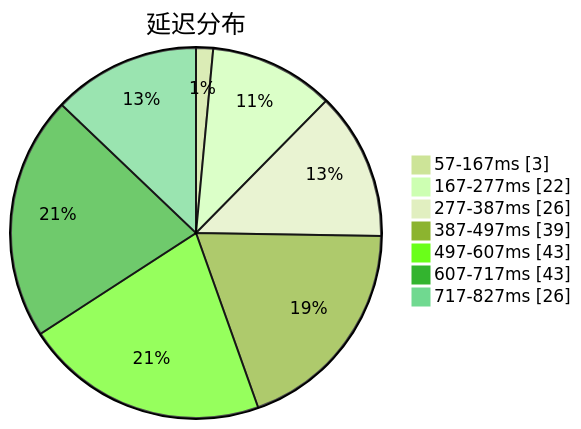
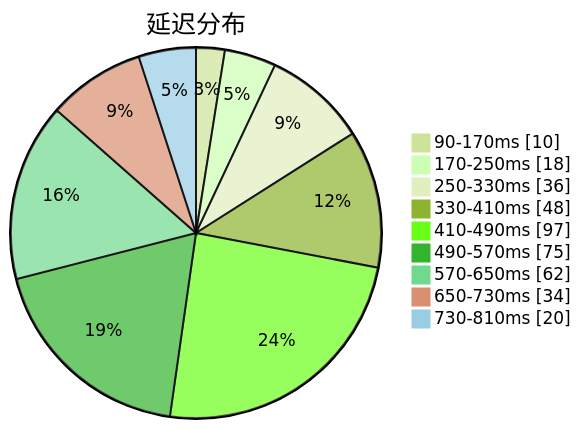
One commit to sinspired/airport changed the first of 3 diagrams in subs/statistics/tested_within.md. Above: the diagram before and after it, drawn with Mermaid (forest theme). The commit also changed other lines of this file and 2 other files, not shown here.

````diff
--- a/subs/statistics/tested_within.md
+++ b/subs/statistics/tested_within.md
@@ -2,11 +2,13 @@
 ```mermaid
 pie showData
 title 延迟分布
-"57-167ms" : 3
-"167-277ms" : 22
-"277-387ms" : 26
-"387-497ms" : 39
-"497-607ms" : 43
-"607-717ms" : 43
-"717-827ms" : 26
+"90-170ms" : 10
+"170-250ms" : 18
+"250-330ms" : 36
+"330-410ms" : 48
+"410-490ms" : 97
+"490-570ms" : 75
+"570-650ms" : 62
+"650-730ms" : 34
+"730-810ms" : 20
 ```
````
